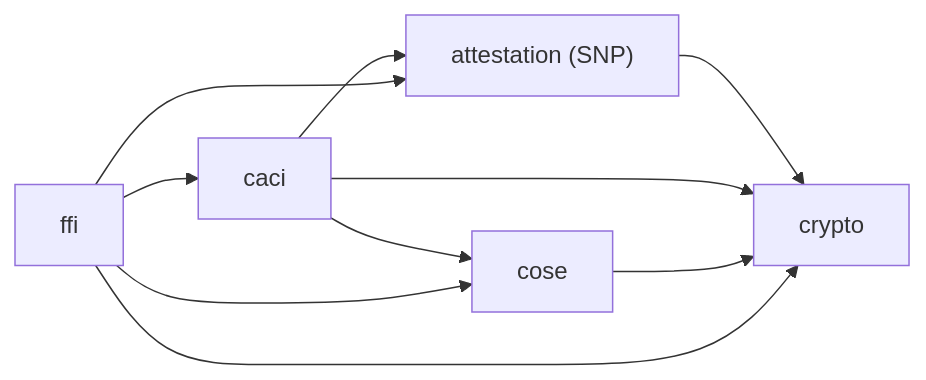
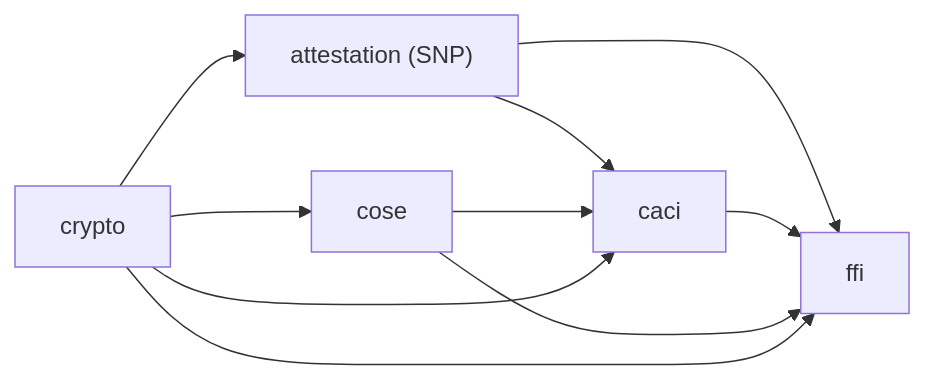
Before and after one commit to cjen1-msft/TEE-Attestation-Verification: the diagram in README.md, drawn with Mermaid. The commit also changed other lines of this file, not shown here.

Commit message:
docs: invert dependency diagram arrows

Copilot-Session: 7b67e3b1-ecce-40e1-8a44-559b1233199b

````diff
--- a/README.md
+++ b/README.md
@@ -32,18 +32,18 @@
 ```mermaid
 flowchart LR
     attestation["attestation (SNP)"]
     caci[caci]
     cose[cose]
     crypto[crypto]
     ffi[ffi]
 
-    attestation --> crypto
-    caci --> attestation
-    caci --> cose
-    caci --> crypto
-    cose --> crypto
-    ffi --> attestation
-    ffi --> caci
-    ffi --> cose
-    ffi --> crypto
+    crypto --> attestation
+    attestation --> caci
+    cose --> caci
+    crypto --> caci
+    crypto --> cose
+    attestation --> ffi
+    caci --> ffi
+    cose --> ffi
+    crypto --> ffi
 ```
````
